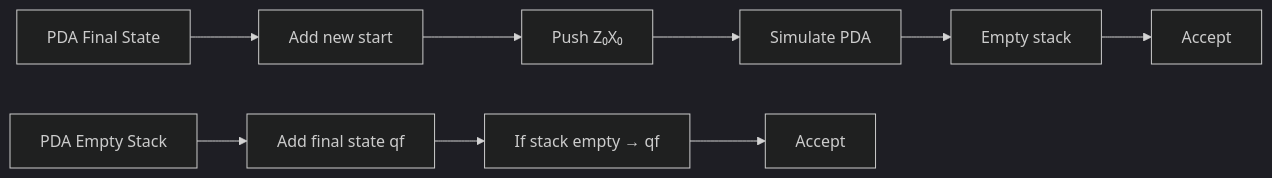
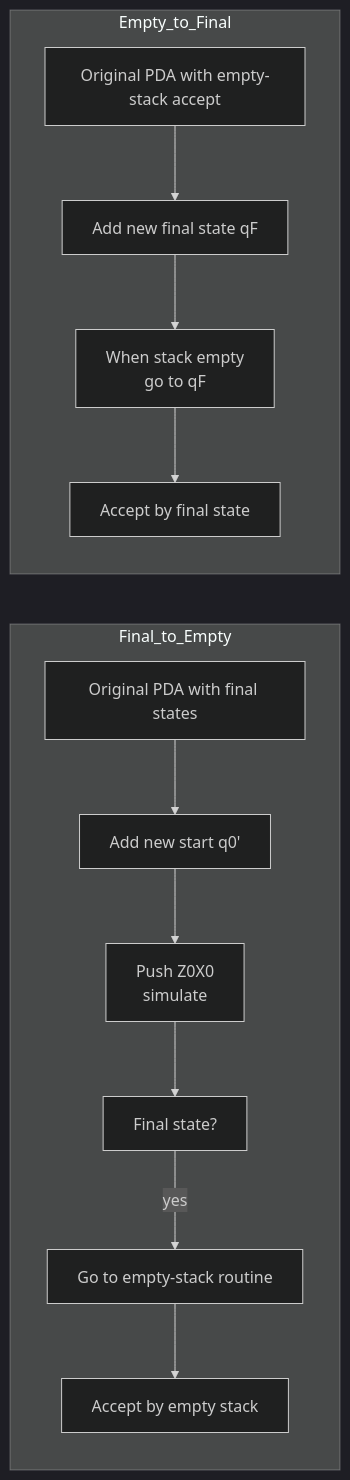
One commit to manishkumar8312/CS-Fundamentals changed the second of 4 diagrams in Theory Of Computation/Ch07 - Pushdown Automata.md. Above: the diagram before and after it, drawn with Mermaid (dark theme). The commit also changed other lines of this file, not shown here.

````diff
--- a/Theory Of Computation/Ch07 - Pushdown Automata.md
+++ b/Theory Of Computation/Ch07 - Pushdown Automata.md
@@ -155,12 +93,16 @@
 ```mermaid
 flowchart LR
-    A[PDA Final State] --> B[Add new start]
-    B --> C[Push Z₀X₀]
-    C --> D[Simulate PDA]
-    D --> E[Empty stack]
-    E --> F[Accept]
+    subgraph Final_to_Empty
+        A[Original PDA with final states] --> B[Add new start q0']
+        B --> C[Push Z0X0\nsimulate]
+        C --> D[Final state?]
+        D -->|yes| E[Go to empty-stack routine]
+        E --> F[Accept by empty stack]
+    end
 
-    G[PDA Empty Stack] --> H[Add final state qf]
-    H --> I[If stack empty → qf]
-    I --> J[Accept]
+    subgraph Empty_to_Final
+        G[Original PDA with empty-stack accept] --> H[Add new final state qF]
+        H --> I[When stack empty\n go to qF]
+        I --> J[Accept by final state]
+    end
 ```
````
